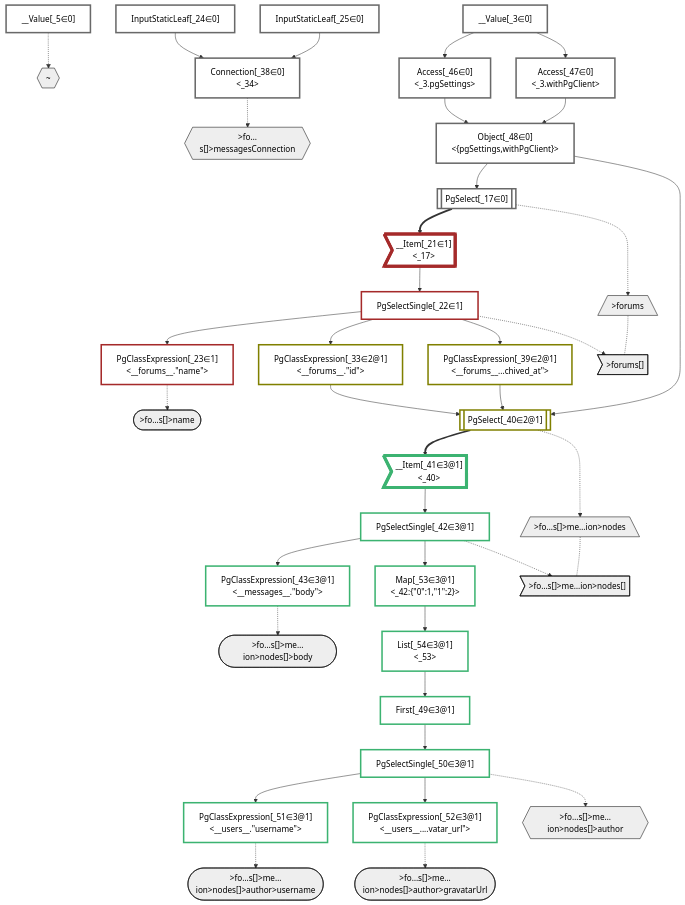
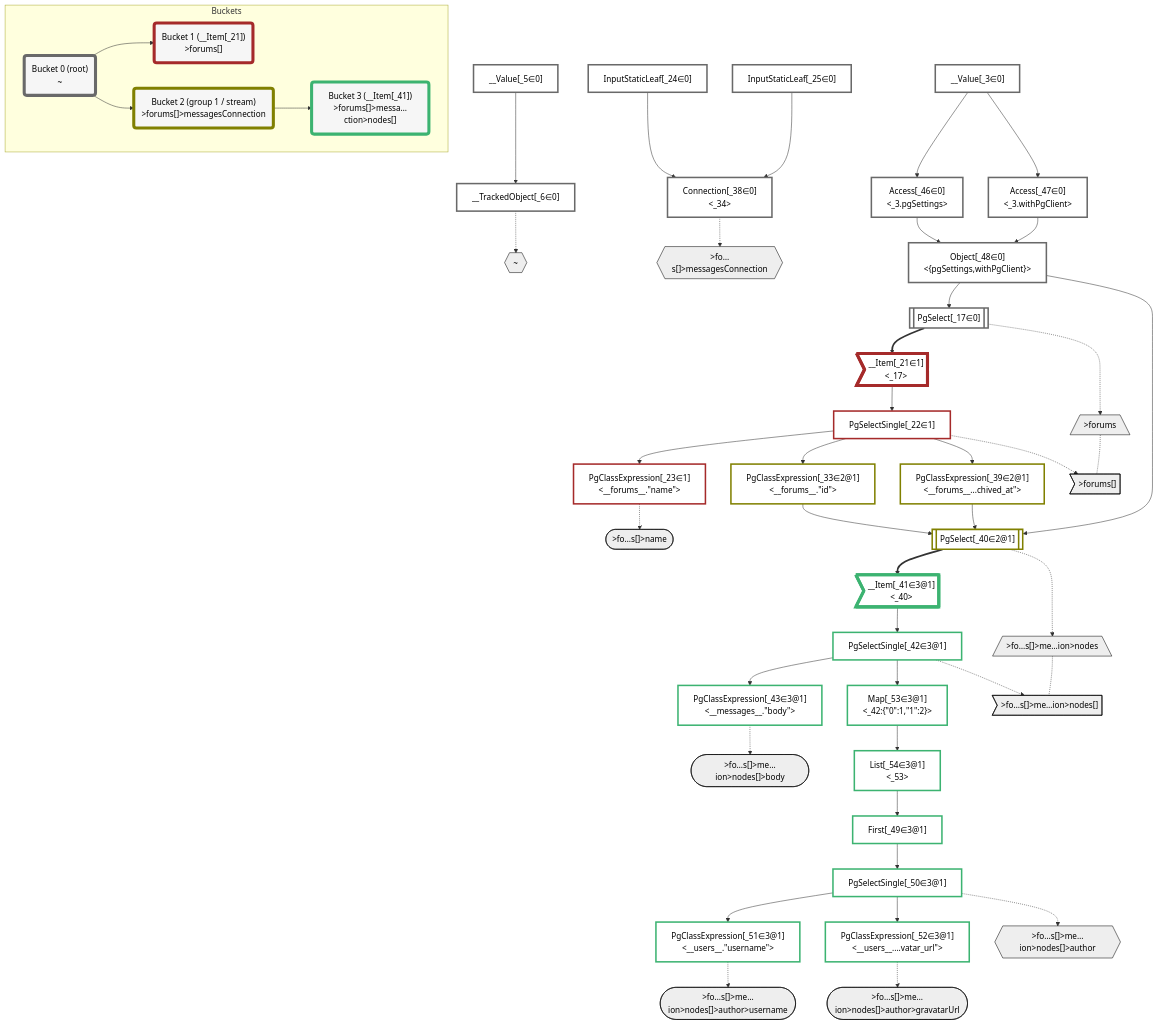
One commit to graphile/crystal changed the diagram in packages/dataplan-pg/__tests__/queries/conditions/archived-forum-inherited-messages.stream-3.mermaid.md. Above: the diagram before and after it, drawn with Mermaid. The commit also changed 195 other files, not shown here.

````diff
--- a/packages/dataplan-pg/__tests__/queries/conditions/archived-forum-inherited-messages.stream-3.mermaid.md
+++ b/packages/dataplan-pg/__tests__/queries/conditions/archived-forum-inherited-messages.stream-3.mermaid.md
@@ -4,6 +4,7 @@
     classDef plan fill:#fff,stroke-width:3px,color:#000
     classDef itemplan fill:#fff,stroke-width:6px,color:#000
     classDef sideeffectplan fill:#f00,stroke-width:6px,color:#000
+    classDef bucket fill:#f6f6f6,color:#000,stroke-width:6px
 
     %% subgraph fields
     P1{{"~"}}:::path
@@ -32,6 +33,7 @@
     %% define plans
     __Value_3["__Value[_3∈0]<br /><context>"]:::plan
     __Value_5["__Value[_5∈0]<br /><rootValue>"]:::plan
+    __TrackedObject_6["__TrackedObject[_6∈0]"]:::plan
     PgSelect_17[["PgSelect[_17∈0]<br /><forums>"]]:::plan
     __Item_21>"__Item[_21∈1]<br /><_17>"]:::itemplan
     PgSelectSingle_22["PgSelectSingle[_22∈1]<br /><forums>"]:::plan
@@ -56,6 +58,7 @@
     List_54["List[_54∈3@1]<br /><_53>"]:::plan
 
     %% plan dependencies
+    __Value_5 --> __TrackedObject_6
     Object_48 --> PgSelect_17
     PgSelect_17 ==> __Item_21
     __Item_21 --> PgSelectSingle_22
@@ -82,7 +85,7 @@
     Map_53 --> List_54
 
     %% plan-to-path relationships
-    __Value_5 -.-> P1
+    __TrackedObject_6 -.-> P1
     PgSelect_17 -.-> P2
     PgSelectSingle_22 -.-> P3
     PgClassExpression_23 -.-> P4
@@ -96,11 +99,25 @@
 
     %% allocate buckets
     classDef bucket0 stroke:#696969
-    class __Value_3,__Value_5,PgSelect_17,InputStaticLeaf_24,InputStaticLeaf_25,Connection_38,Access_46,Access_47,Object_48 bucket0
+    class __Value_3,__Value_5,__TrackedObject_6,PgSelect_17,InputStaticLeaf_24,InputStaticLeaf_25,Connection_38,Access_46,Access_47,Object_48 bucket0
     classDef bucket1 stroke:#a52a2a
     class __Item_21,PgSelectSingle_22,PgClassExpression_23 bucket1
     classDef bucket2 stroke:#808000
     class PgClassExpression_33,PgClassExpression_39,PgSelect_40 bucket2
     classDef bucket3 stroke:#3cb371
     class __Item_41,PgSelectSingle_42,PgClassExpression_43,First_49,PgSelectSingle_50,PgClassExpression_51,PgClassExpression_52,Map_53,List_54 bucket3
+
+    subgraph Buckets
+    Bucket0("Bucket 0 (root)<br />~"):::bucket
+    style Bucket0 stroke:#696969
+    Bucket1("Bucket 1 (__Item[_21])<br />>forums[]"):::bucket
+    style Bucket1 stroke:#a52a2a
+    Bucket0 --> Bucket1
+    Bucket2("Bucket 2 (group 1 / stream)<br />>forums[]>messagesConnection"):::bucket
+    style Bucket2 stroke:#808000
+    Bucket0 --> Bucket2
+    Bucket3("Bucket 3 (__Item[_41])<br />>forums[]>messa…ction>nodes[]"):::bucket
+    style Bucket3 stroke:#3cb371
+    Bucket2 --> Bucket3
+    end
 ```
````
